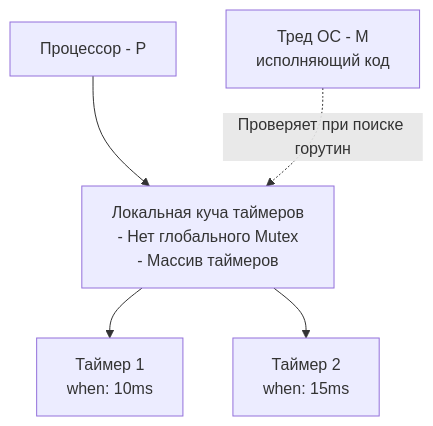
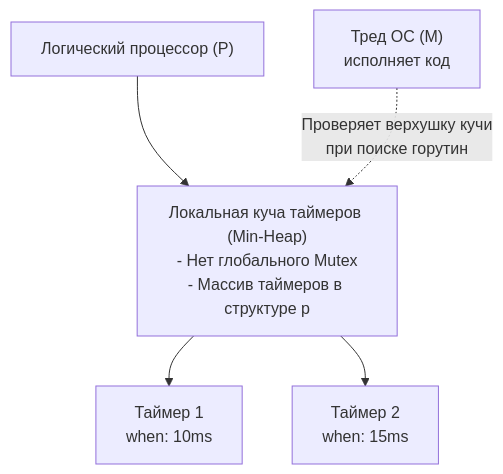
One commit to UnrealTemplier/go-textbook changed the diagram in sources/5. Учебник по Go (Основы и синтаксис)/31. Время и даты. time.Time, Duration, Timer, Ticker.md. Above: the diagram before and after it, drawn with Mermaid. The commit also changed other lines of this file, not shown here.

````diff
--- a/sources/5. Учебник по Go (Основы и синтаксис)/31. Время и даты. time.Time, Duration, Timer, Ticker.md
+++ b/sources/5. Учебник по Go (Основы и синтаксис)/31. Время и даты. time.Time, Duration, Timer, Ticker.md
@@ -247,7 +267,7 @@
 ```mermaid
 graph TD
-    P["Процессор - P"] --> TQ["Локальная куча таймеров<br>- Нет глобального Mutex<br>- Массив таймеров"]
-    TQ --> T1["Таймер 1<br>when: 10ms"]
-    TQ --> T2["Таймер 2<br>when: 15ms"]
-    M["Тред ОС - M<br>исполняющий код"] -.->|"Проверяет при поиске горутин"| TQ
+    P["Логический процессор (P)"] --> TQ["Локальная куча таймеров (Min-Heap)<br/>- Нет глобального Mutex<br/>- Массив таймеров в структуре p"]
+    TQ --> T1["Таймер 1<br/>when: 10ms"]
+    TQ --> T2["Таймер 2<br/>when: 15ms"]
+    M["Тред ОС (M)<br/>исполняет код"] -.->|"Проверяет верхушку кучи<br/>при поиске горутин"| TQ
 ```
````
